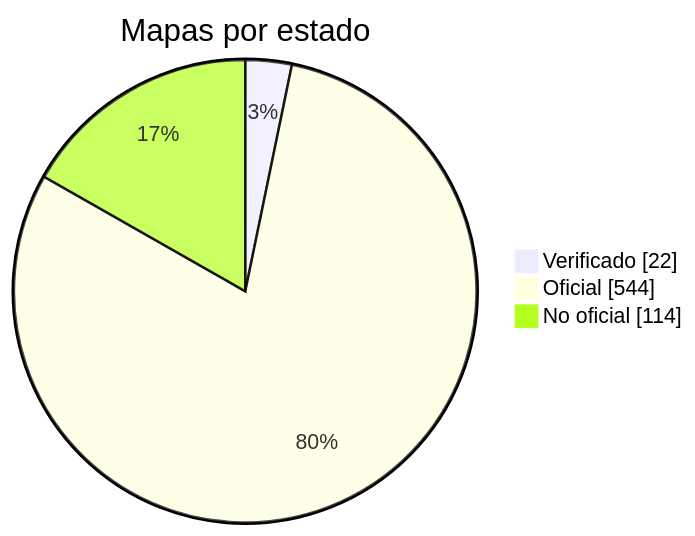
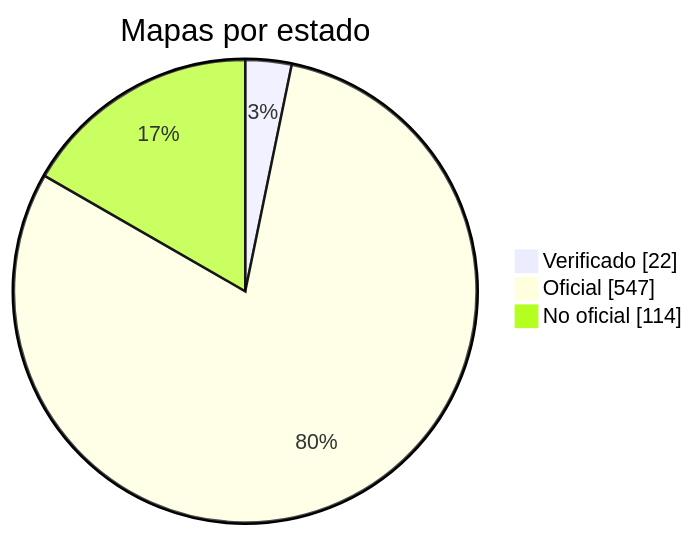
One commit to nobrega8/mbmap-library changed the diagram in docs/readme/README_ES.md. Above: the diagram before and after it, drawn with Mermaid. The commit also changed 8 other files, not shown here.

````diff
--- a/docs/readme/README_ES.md
+++ b/docs/readme/README_ES.md
@@ -54,7 +54,7 @@
 ```mermaid
 pie showData
     title Mapas por estado
     "Verificado" : 22
-    "Oficial" : 544
+    "Oficial" : 547
     "No oficial" : 114
 ```
````
